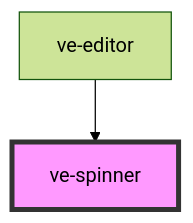
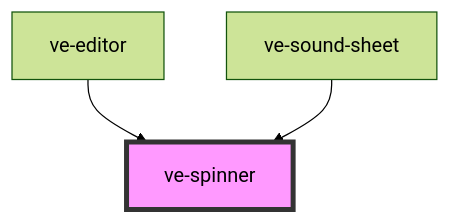
Before and after one commit to dotnetdreamer/capacitor-video-kit: the diagram in src/components/ve-spinner/readme.md, drawn with Mermaid (forest theme). The commit also changed other lines of this file and 31 other files, not shown here.

First line of the commit message:
feat: add ve-sound-sheet component for managing audio tracks

````diff
--- a/src/components/ve-spinner/readme.md
+++ b/src/components/ve-spinner/readme.md
@@ -43,5 +44,6 @@
 ```mermaid
 graph TD;
   ve-editor --> ve-spinner
+  ve-sound-sheet --> ve-spinner
   style ve-spinner fill:#f9f,stroke:#333,stroke-width:4px
 ```
````
